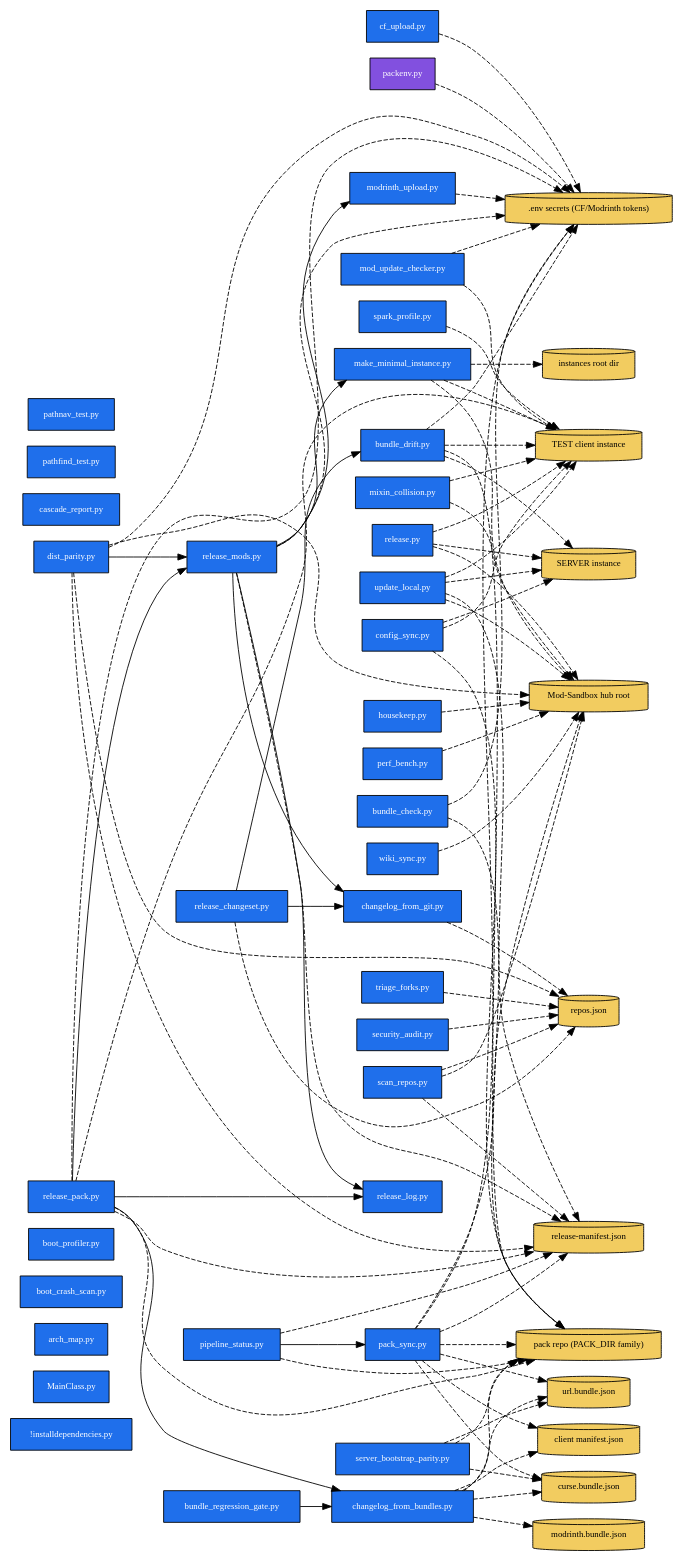
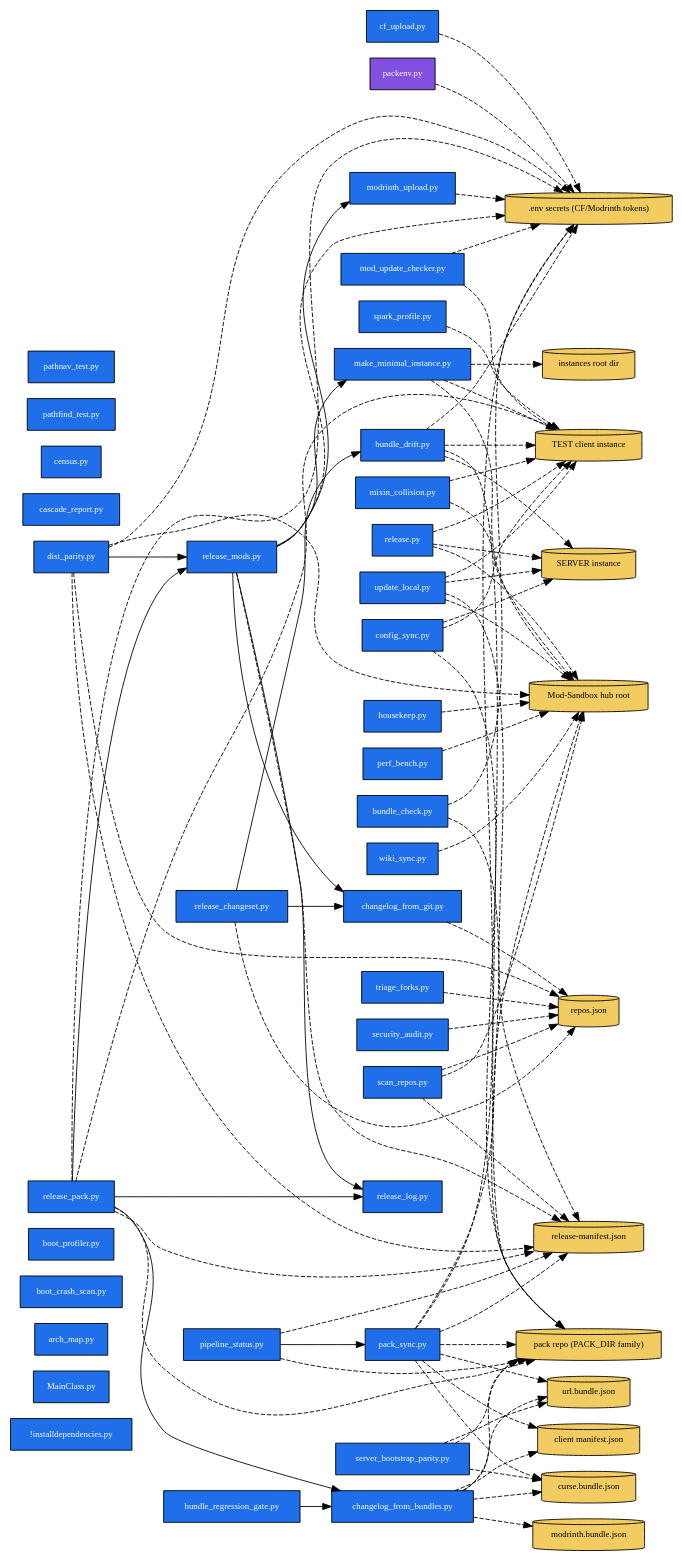
Before and after one commit to quentin452/Cat-Pack-Utilities: the diagram in ARCHITECTURE.dot, drawn with Graphviz. The commit also changed 3 other files, not shown here.

```diff
--- a/ARCHITECTURE.dot
+++ b/ARCHITECTURE.dot
@@ -1,132 +1,133 @@
 digraph arch {
   rankdir=LR;
   node [shape=box, style=filled, fontsize=10];
 
   S__installdependencies [label="!installdependencies.py", fillcolor="#1f6feb", fontcolor="white"];
   S_MainClass [label="MainClass.py", fillcolor="#1f6feb", fontcolor="white"];
   S_arch_map [label="arch_map.py", fillcolor="#1f6feb", fontcolor="white"];
   S_boot_crash_scan [label="boot_crash_scan.py", fillcolor="#1f6feb", fontcolor="white"];
   S_boot_profiler [label="boot_profiler.py", fillcolor="#1f6feb", fontcolor="white"];
   S_bundle_check [label="bundle_check.py", fillcolor="#1f6feb", fontcolor="white"];
   S_bundle_drift [label="bundle_drift.py", fillcolor="#1f6feb", fontcolor="white"];
   S_bundle_regression_gate [label="bundle_regression_gate.py", fillcolor="#1f6feb", fontcolor="white"];
   S_cascade_report [label="cascade_report.py", fillcolor="#1f6feb", fontcolor="white"];
+  S_census [label="census.py", fillcolor="#1f6feb", fontcolor="white"];
   S_cf_upload [label="cf_upload.py", fillcolor="#1f6feb", fontcolor="white"];
   S_changelog_from_bundles [label="changelog_from_bundles.py", fillcolor="#1f6feb", fontcolor="white"];
   S_changelog_from_git [label="changelog_from_git.py", fillcolor="#1f6feb", fontcolor="white"];
   S_config_sync [label="config_sync.py", fillcolor="#1f6feb", fontcolor="white"];
   S_dist_parity [label="dist_parity.py", fillcolor="#1f6feb", fontcolor="white"];
   S_housekeep [label="housekeep.py", fillcolor="#1f6feb", fontcolor="white"];
   S_make_minimal_instance [label="make_minimal_instance.py", fillcolor="#1f6feb", fontcolor="white"];
   S_mixin_collision [label="mixin_collision.py", fillcolor="#1f6feb", fontcolor="white"];
   S_mod_update_checker [label="mod_update_checker.py", fillcolor="#1f6feb", fontcolor="white"];
   S_modrinth_upload [label="modrinth_upload.py", fillcolor="#1f6feb", fontcolor="white"];
   S_pack_sync [label="pack_sync.py", fillcolor="#1f6feb", fontcolor="white"];
   S_packenv [label="packenv.py", fillcolor="#8250df", fontcolor="white"];
   S_pathfind_test [label="pathfind_test.py", fillcolor="#1f6feb", fontcolor="white"];
   S_pathnav_test [label="pathnav_test.py", fillcolor="#1f6feb", fontcolor="white"];
   S_perf_bench [label="perf_bench.py", fillcolor="#1f6feb", fontcolor="white"];
   S_pipeline_status [label="pipeline_status.py", fillcolor="#1f6feb", fontcolor="white"];
   S_release [label="release.py", fillcolor="#1f6feb", fontcolor="white"];
   S_release_changeset [label="release_changeset.py", fillcolor="#1f6feb", fontcolor="white"];
   S_release_log [label="release_log.py", fillcolor="#1f6feb", fontcolor="white"];
   S_release_mods [label="release_mods.py", fillcolor="#1f6feb", fontcolor="white"];
   S_release_pack [label="release_pack.py", fillcolor="#1f6feb", fontcolor="white"];
   S_scan_repos [label="scan_repos.py", fillcolor="#1f6feb", fontcolor="white"];
   S_security_audit [label="security_audit.py", fillcolor="#1f6feb", fontcolor="white"];
   S_server_bootstrap_parity [label="server_bootstrap_parity.py", fillcolor="#1f6feb", fontcolor="white"];
   S_spark_profile [label="spark_profile.py", fillcolor="#1f6feb", fontcolor="white"];
   S_triage_forks [label="triage_forks.py", fillcolor="#1f6feb", fontcolor="white"];
   S_update_local [label="update_local.py", fillcolor="#1f6feb", fontcolor="white"];
   S_wiki_sync [label="wiki_sync.py", fillcolor="#1f6feb", fontcolor="white"];
 
   D_ART_SECRETS [label=".env secrets (CF/Modrinth tokens)", shape=cylinder, fillcolor="#f2cc60"];
   D_ART_HUB [label="Mod-Sandbox hub root", shape=cylinder, fillcolor="#f2cc60"];
   D_ART_INSTANCE_SERVER [label="SERVER instance", shape=cylinder, fillcolor="#f2cc60"];
   D_ART_INSTANCE_TEST [label="TEST client instance", shape=cylinder, fillcolor="#f2cc60"];
   D_ART_CLIENT_MANIFEST [label="client manifest.json", shape=cylinder, fillcolor="#f2cc60"];
   D_ART_CURSE_BUNDLE [label="curse.bundle.json", shape=cylinder, fillcolor="#f2cc60"];
   D_ART_INSTANCES_ROOT [label="instances root dir", shape=cylinder, fillcolor="#f2cc60"];
   D_ART_MODRINTH_BUNDLE [label="modrinth.bundle.json", shape=cylinder, fillcolor="#f2cc60"];
   D_ART_PACK_DIR [label="pack repo (PACK_DIR family)", shape=cylinder, fillcolor="#f2cc60"];
   D_ART_RELEASE_MANIFEST [label="release-manifest.json", shape=cylinder, fillcolor="#f2cc60"];
   D_ART_REPOS_JSON [label="repos.json", shape=cylinder, fillcolor="#f2cc60"];
   D_ART_URL_BUNDLE [label="url.bundle.json", shape=cylinder, fillcolor="#f2cc60"];
 
   S_bundle_regression_gate -> S_changelog_from_bundles;
   S_dist_parity -> S_release_mods;
   S_pipeline_status -> S_pack_sync;
   S_release_changeset -> S_bundle_drift;
   S_release_changeset -> S_changelog_from_git;
   S_release_mods -> S_changelog_from_git;
   S_release_mods -> S_make_minimal_instance;
   S_release_mods -> S_modrinth_upload;
   S_release_mods -> S_release_log;
   S_release_pack -> S_changelog_from_bundles;
   S_release_pack -> S_release_log;
   S_release_pack -> S_release_mods;
   S_bundle_check -> D_ART_SECRETS [style=dashed];
   S_bundle_check -> D_ART_PACK_DIR [style=dashed];
   S_bundle_drift -> D_ART_SECRETS [style=dashed];
   S_bundle_drift -> D_ART_INSTANCE_SERVER [style=dashed];
   S_bundle_drift -> D_ART_INSTANCE_TEST [style=dashed];
   S_bundle_drift -> D_ART_PACK_DIR [style=dashed];
   S_cf_upload -> D_ART_SECRETS [style=dashed];
   S_changelog_from_bundles -> D_ART_CLIENT_MANIFEST [style=dashed];
   S_changelog_from_bundles -> D_ART_CURSE_BUNDLE [style=dashed];
   S_changelog_from_bundles -> D_ART_MODRINTH_BUNDLE [style=dashed];
   S_changelog_from_bundles -> D_ART_PACK_DIR [style=dashed];
   S_changelog_from_bundles -> D_ART_URL_BUNDLE [style=dashed];
   S_changelog_from_git -> D_ART_REPOS_JSON [style=dashed];
   S_config_sync -> D_ART_INSTANCE_SERVER [style=dashed];
   S_config_sync -> D_ART_INSTANCE_TEST [style=dashed];
   S_config_sync -> D_ART_PACK_DIR [style=dashed];
   S_dist_parity -> D_ART_SECRETS [style=dashed];
   S_dist_parity -> D_ART_HUB [style=dashed];
   S_dist_parity -> D_ART_RELEASE_MANIFEST [style=dashed];
   S_dist_parity -> D_ART_REPOS_JSON [style=dashed];
   S_housekeep -> D_ART_HUB [style=dashed];
   S_make_minimal_instance -> D_ART_HUB [style=dashed];
   S_make_minimal_instance -> D_ART_INSTANCE_TEST [style=dashed];
   S_make_minimal_instance -> D_ART_INSTANCES_ROOT [style=dashed];
   S_mixin_collision -> D_ART_HUB [style=dashed];
   S_mixin_collision -> D_ART_INSTANCE_TEST [style=dashed];
   S_mod_update_checker -> D_ART_SECRETS [style=dashed];
   S_mod_update_checker -> D_ART_INSTANCE_TEST [style=dashed];
   S_modrinth_upload -> D_ART_SECRETS [style=dashed];
   S_pack_sync -> D_ART_SECRETS [style=dashed];
   S_pack_sync -> D_ART_HUB [style=dashed];
   S_pack_sync -> D_ART_CLIENT_MANIFEST [style=dashed];
   S_pack_sync -> D_ART_CURSE_BUNDLE [style=dashed];
   S_pack_sync -> D_ART_PACK_DIR [style=dashed];
   S_pack_sync -> D_ART_RELEASE_MANIFEST [style=dashed];
   S_pack_sync -> D_ART_URL_BUNDLE [style=dashed];
   S_packenv -> D_ART_SECRETS [style=dashed];
   S_perf_bench -> D_ART_HUB [style=dashed];
   S_pipeline_status -> D_ART_PACK_DIR [style=dashed];
   S_pipeline_status -> D_ART_RELEASE_MANIFEST [style=dashed];
   S_release -> D_ART_HUB [style=dashed];
   S_release -> D_ART_INSTANCE_SERVER [style=dashed];
   S_release -> D_ART_INSTANCE_TEST [style=dashed];
   S_release_changeset -> D_ART_REPOS_JSON [style=dashed];
   S_release_mods -> D_ART_SECRETS [style=dashed];
   S_release_mods -> D_ART_RELEASE_MANIFEST [style=dashed];
   S_release_pack -> D_ART_SECRETS [style=dashed];
   S_release_pack -> D_ART_INSTANCE_TEST [style=dashed];
   S_release_pack -> D_ART_PACK_DIR [style=dashed];
   S_release_pack -> D_ART_RELEASE_MANIFEST [style=dashed];
   S_scan_repos -> D_ART_HUB [style=dashed];
   S_scan_repos -> D_ART_RELEASE_MANIFEST [style=dashed];
   S_scan_repos -> D_ART_REPOS_JSON [style=dashed];
   S_security_audit -> D_ART_REPOS_JSON [style=dashed];
   S_server_bootstrap_parity -> D_ART_CURSE_BUNDLE [style=dashed];
   S_server_bootstrap_parity -> D_ART_PACK_DIR [style=dashed];
   S_server_bootstrap_parity -> D_ART_URL_BUNDLE [style=dashed];
   S_spark_profile -> D_ART_INSTANCE_TEST [style=dashed];
   S_triage_forks -> D_ART_REPOS_JSON [style=dashed];
   S_update_local -> D_ART_HUB [style=dashed];
   S_update_local -> D_ART_INSTANCE_SERVER [style=dashed];
   S_update_local -> D_ART_INSTANCE_TEST [style=dashed];
   S_update_local -> D_ART_RELEASE_MANIFEST [style=dashed];
   S_wiki_sync -> D_ART_HUB [style=dashed];
 }
```
